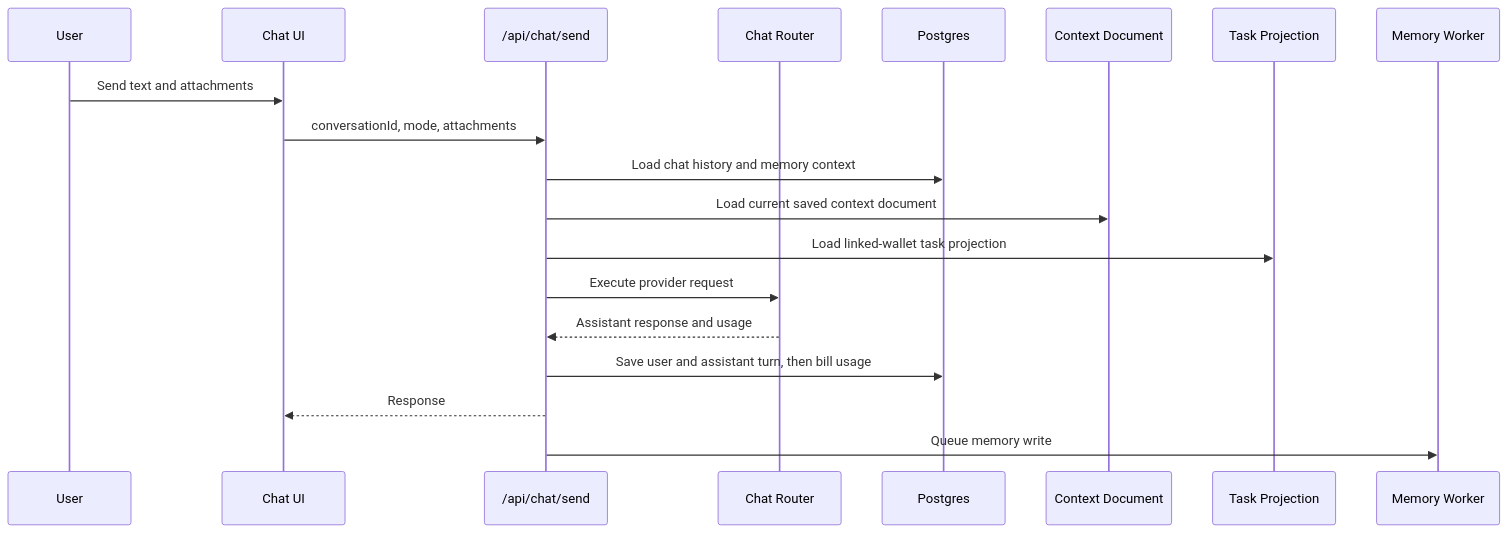
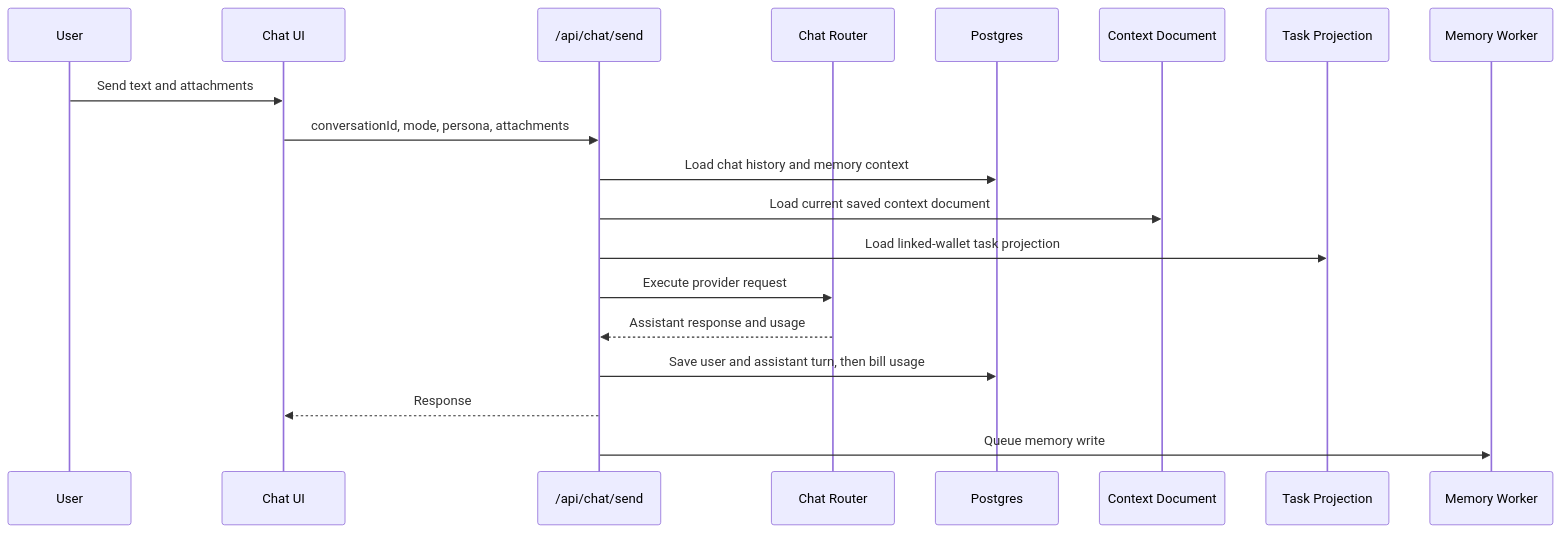
One commit to postfiatorg/tasknode changed the diagram in docs/wiki/surfaces/chat.md. Above: the diagram before and after it, drawn with Mermaid. The commit also changed other lines of this file and 204 other files, not shown here.

````diff
--- a/docs/wiki/surfaces/chat.md
+++ b/docs/wiki/surfaces/chat.md
@@ -259,21 +235,21 @@
 ```mermaid
 sequenceDiagram
   participant U as User
   participant UI as Chat UI
   participant API as /api/chat/send
   participant R as Chat Router
   participant DB as Postgres
   participant C as Context Document
   participant T as Task Projection
   participant M as Memory Worker
   U->>UI: Send text and attachments
-  UI->>API: conversationId, mode, attachments
+  UI->>API: conversationId, mode, persona, attachments
   API->>DB: Load chat history and memory context
   API->>C: Load current saved context document
   API->>T: Load linked-wallet task projection
   API->>R: Execute provider request
   R-->>API: Assistant response and usage
   API->>DB: Save user and assistant turn, then bill usage
   API-->>UI: Response
   API->>M: Queue memory write
 ```
````
